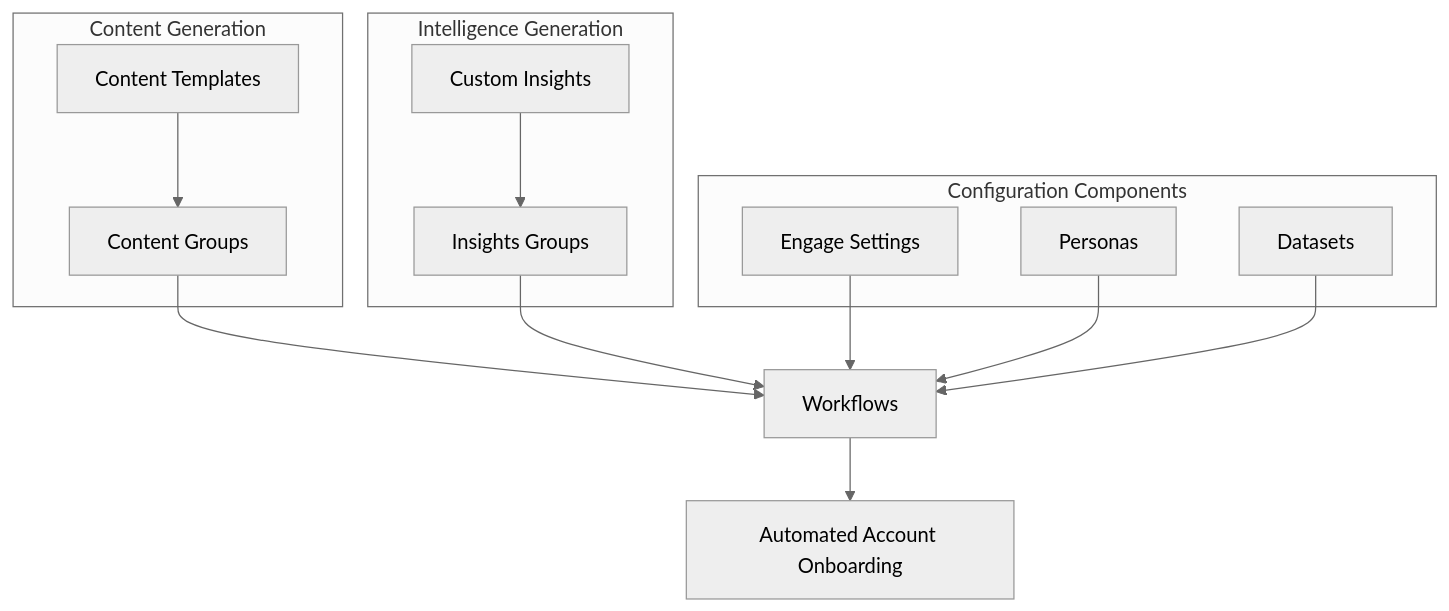
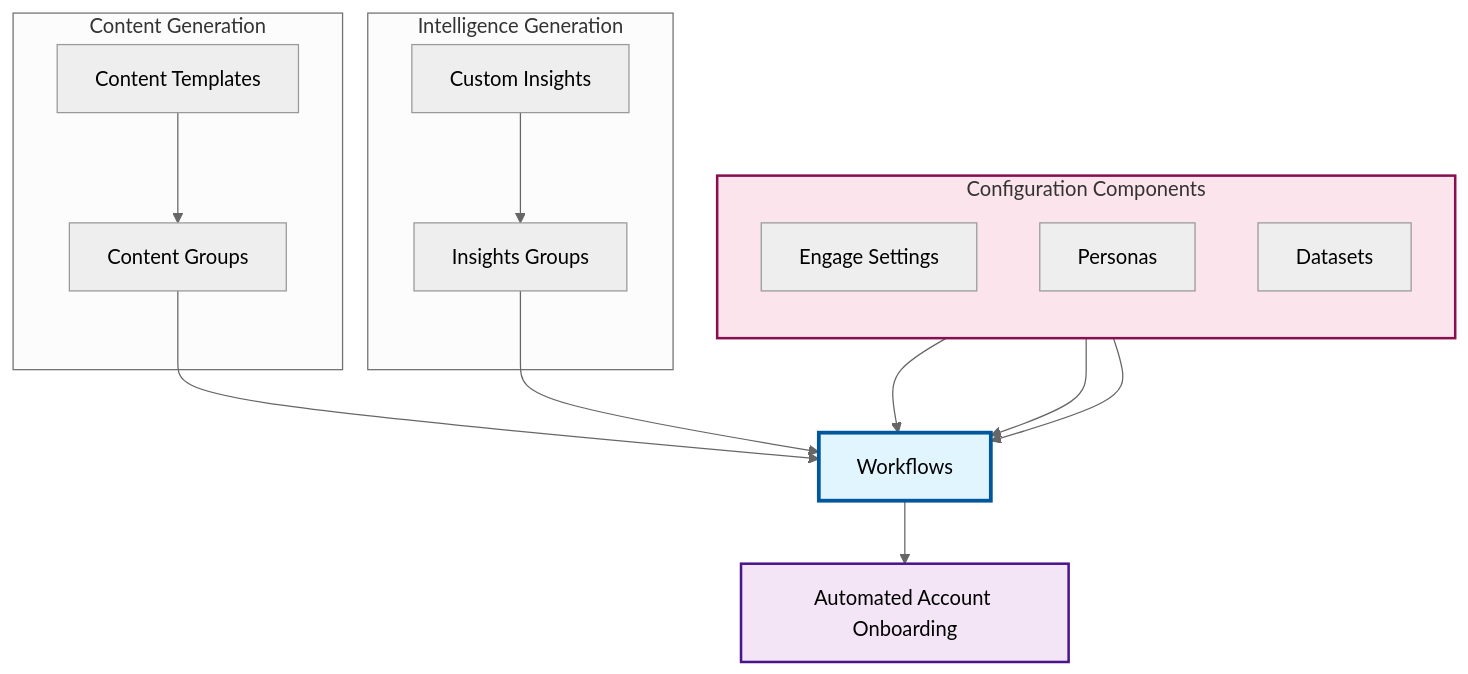
The diagram in settings/workflows.mdx (edmoorepgai/docs), drawn with Mermaid (neutral theme) before and after one commit.

Commit message:
Documentation edits made through Mintlify web editor

````diff
--- a/settings/workflows.mdx
+++ b/settings/workflows.mdx
@@ -24,29 +24,35 @@
 ```mermaid
+---
+config:
+  flowchart:
+    htmlLabels: false
+  layout: dagre
+---
 flowchart TD
-    CT[Content Templates] --> CG[Content Groups]
-    CI[Custom Insights] --> IG[Insights Groups]
-    
-    CG --> W[Workflows]
-    IG --> W[Workflows]
-    ES[Engage Settings] --> W
-    P[Personas] --> W
-    D[Datasets] --> W
-    
-    W --> AA[Automated Account Onboarding]
-    
-    subgraph Content ["Content Generation"]
-        CT
-        CG
-    end
-    
-    subgraph Intelligence ["Intelligence Generation"]
-        CI
-        IG
-    end
-    
-    subgraph Config ["Configuration Components"]
-        ES
-        P
-        D
-    end
+ subgraph Content["Content Generation"]
+        CT["Content Templates"]
+        CG["Content Groups"]
+  end
+ subgraph Intelligence["Intelligence Generation"]
+        CI["Custom Insights"]
+        IG["Insights Groups"]
+  end
+ subgraph Config["Configuration Components"]
+    direction TB
+        ES["Engage Settings"]
+        P["Personas"]
+        D["Datasets"]
+  end
+    CT --> CG
+    CI --> IG
+    CG --> W["Workflows"]
+    IG --> W
+    ES --> W
+    P --> W
+    D --> W
+    W --> AA["Automated Account Onboarding"]
+    classDef pad fill:transparent,stroke:transparent
+    style W fill:#e1f5fe,stroke:#01579b,stroke-width:3px
+    style AA fill:#f3e5f5,stroke:#4a148c,stroke-width:2px
+    style Config fill:#fce4ec,stroke:#880e4f,stroke-width:2px
 ```
````
